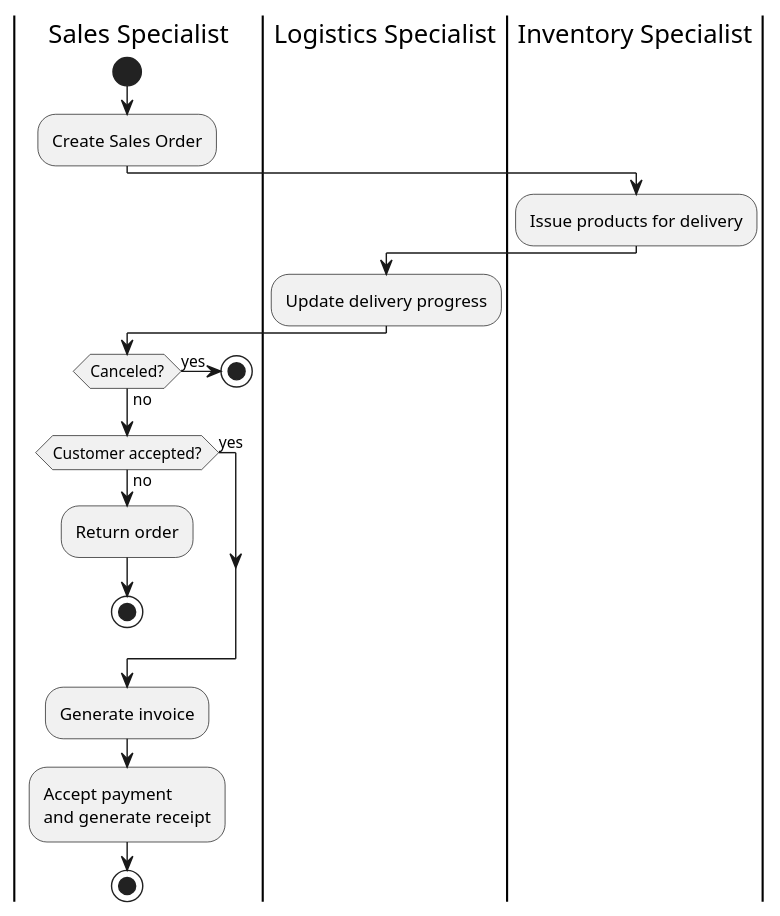
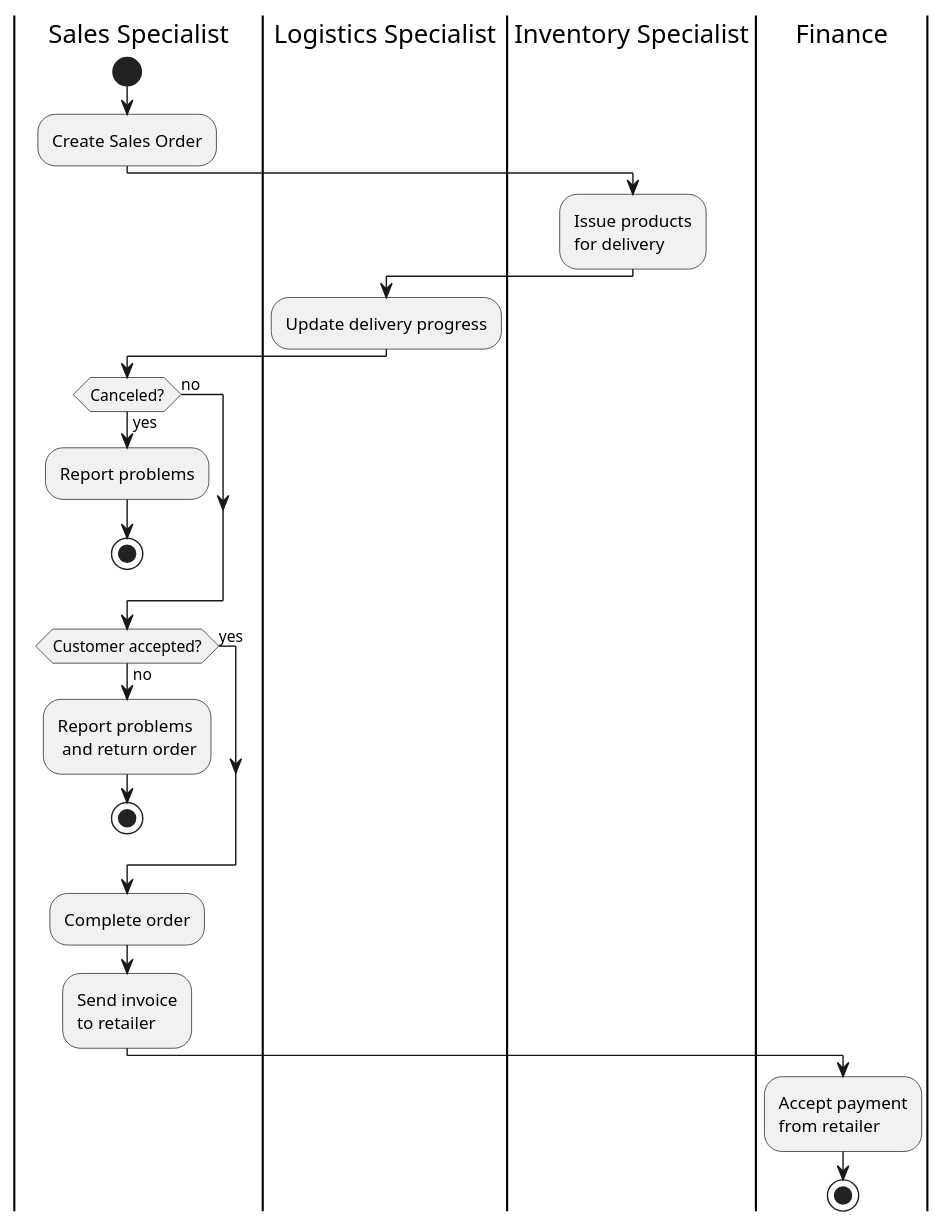
The diagram in workflows/sales-workflow.plantuml (phihungha/scmss-reqs), drawn with PlantUML before and after one commit. The commit also changed 13 other files, not shown here.

Commit message:
Minor BRD diagram fixes

```diff
--- a/workflows/sales-workflow.plantuml
+++ b/workflows/sales-workflow.plantuml
@@ -1,34 +1,38 @@
 @startuml sales-workflow
 |sales_spec|Sales Specialist
 |log_spec|Logistics Specialist
 |inv_spec|Inventory Specialist
+|fin|Finance
 
 |sales_spec|
 start
 :Create Sales Order;
 
 |inv_spec|
-:Issue products for delivery;
+:Issue products\nfor delivery;
 
 |log_spec|
 :Update delivery progress;
 
 |sales_spec|
 if (Canceled?) then (yes)
+    :Report problems;
     stop
 else (no)
 endif
 
 |sales_spec|
 if (Customer accepted?) then (no)
-    :Return order;
+    :Report problems\n and return order;
     stop
 else (yes)
 endif
 
-:Generate invoice;
-:Accept payment
-and generate receipt;
+:Complete order;
+:Send invoice\nto retailer;
+
+|fin|
+:Accept payment\nfrom retailer;
 
 stop
 @enduml
```
